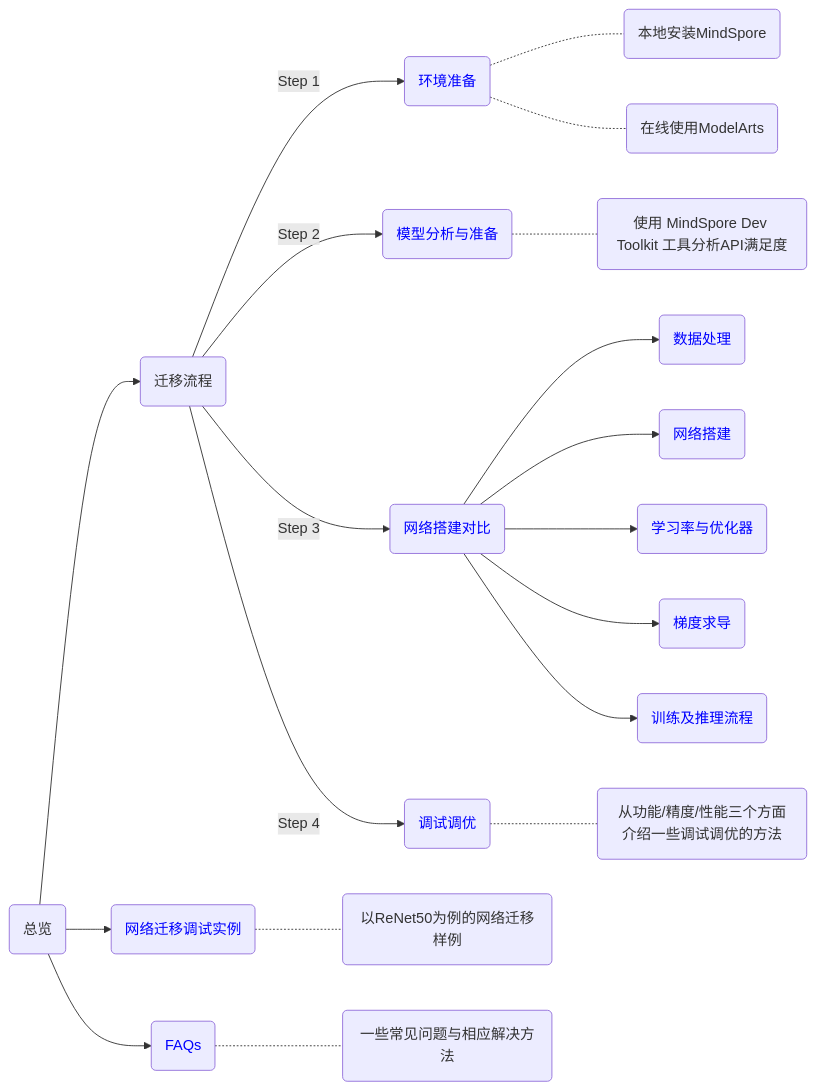
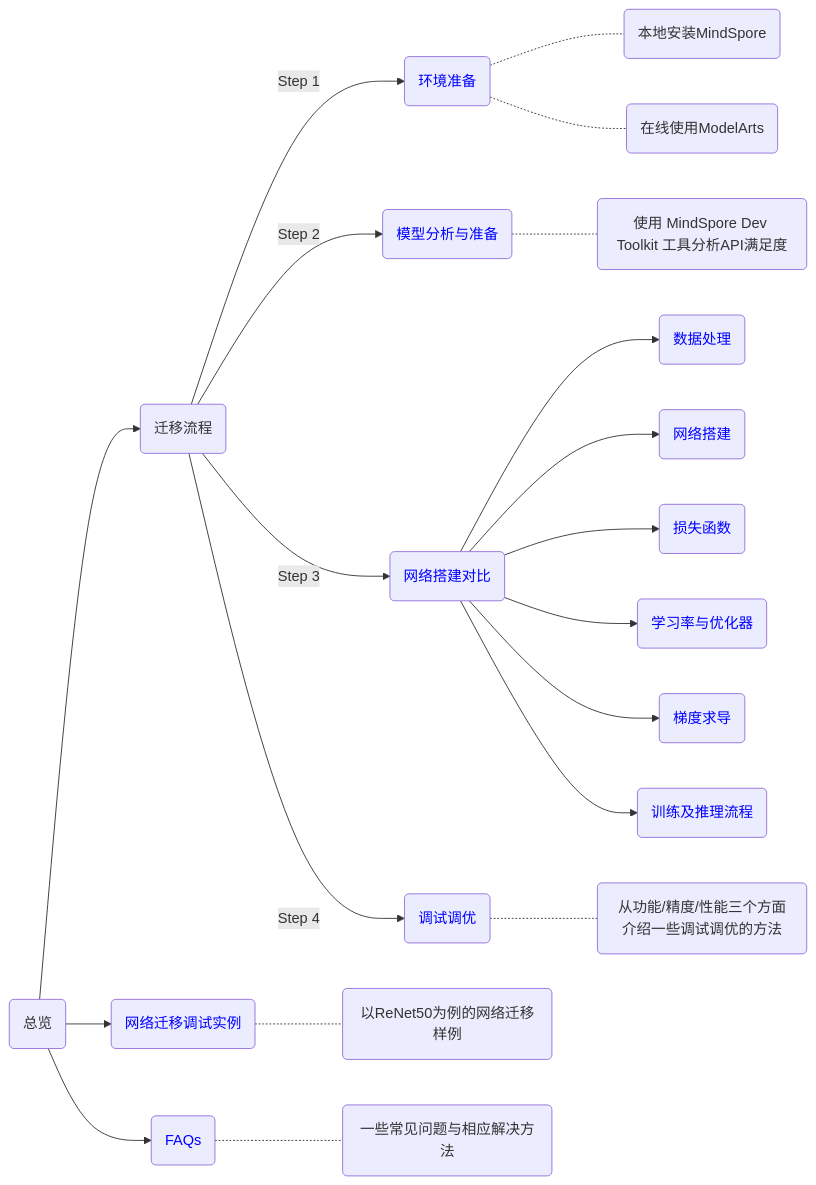
Before and after one commit to mindspore-ai/docs: the diagram in docs/mindspore/source_zh_cn/migration_guide/overview.md, drawn with Mermaid. The commit also changed 1 other file, not shown here.

Commit message:
add loss function in migration guide

````diff
--- a/docs/mindspore/source_zh_cn/migration_guide/overview.md
+++ b/docs/mindspore/source_zh_cn/migration_guide/overview.md
@@ -7,35 +7,37 @@
 ```{mermaid}
 graph LR
 A(总览)-->B(迁移流程)
 B-->|Step 1|E(<font color=blue>环境准备</font>)
 E-.-text1(本地安装MindSpore)
 E-.-text2(在线使用ModelArts)
 B-->|Step 2|F(<font color=blue>模型分析与准备</font>)
 F-.-text3(使用 MindSpore Dev Toolkit 工具分析API满足度)
 B-->|Step 3|G(<font color=blue>网络搭建对比</font>)
 G-->I(<font color=blue>数据处理</font>)
 G-->J(<font color=blue>网络搭建</font>)
+G-->N(<font color=blue>损失函数</font>)
 G-->K(<font color=blue>学习率与优化器</font>)
 G-->L(<font color=blue>梯度求导</font>)
 G-->M(<font color=blue>训练及推理流程</font>)
 B-->|Step 4|H(<font color=blue>调试调优</font>)
 H-.-text4(从功能/精度/性能三个方面介绍一些调试调优的方法)
 A-->C(<font color=blue>网络迁移调试实例</font>)
 C-.-text5(以ReNet50为例的网络迁移样例)
 A-->D(<font color=blue>FAQs</font>)
 D-.-text6(一些常见问题与相应解决方法)
 
 click C "https://www.mindspore.cn/docs/zh-CN/master/migration_guide/sample_code.html"
 click D "https://www.mindspore.cn/docs/zh-CN/master/migration_guide/faq.html"
 
 click E "https://www.mindspore.cn/docs/zh-CN/master/migration_guide/enveriment_preparation.html"
 click F "https://www.mindspore.cn/docs/zh-CN/master/migration_guide/analysis_and_preparation.html"
 click G "https://www.mindspore.cn/docs/zh-CN/master/migration_guide/model_development/model_development.html"
 click H "https://www.mindspore.cn/docs/zh-CN/master/migration_guide/debug_and_tune.html"
 
 click I "https://www.mindspore.cn/docs/zh-CN/master/migration_guide/model_development/dataset.html"
 click J "https://www.mindspore.cn/docs/zh-CN/master/migration_guide/model_development/model_and_cell.html"
 click K "https://www.mindspore.cn/docs/zh-CN/master/migration_guide/model_development/learning_rate_and_optimizer.html"
 click L "https://www.mindspore.cn/docs/zh-CN/master/migration_guide/model_development/gradient.html"
 click M "https://www.mindspore.cn/docs/zh-CN/master/migration_guide/model_development/training_and_evaluation.html"
+click N "https://www.mindspore.cn/docs/zh-CN/master/migration_guide/model_development/loss_function.html"
 ```
````
